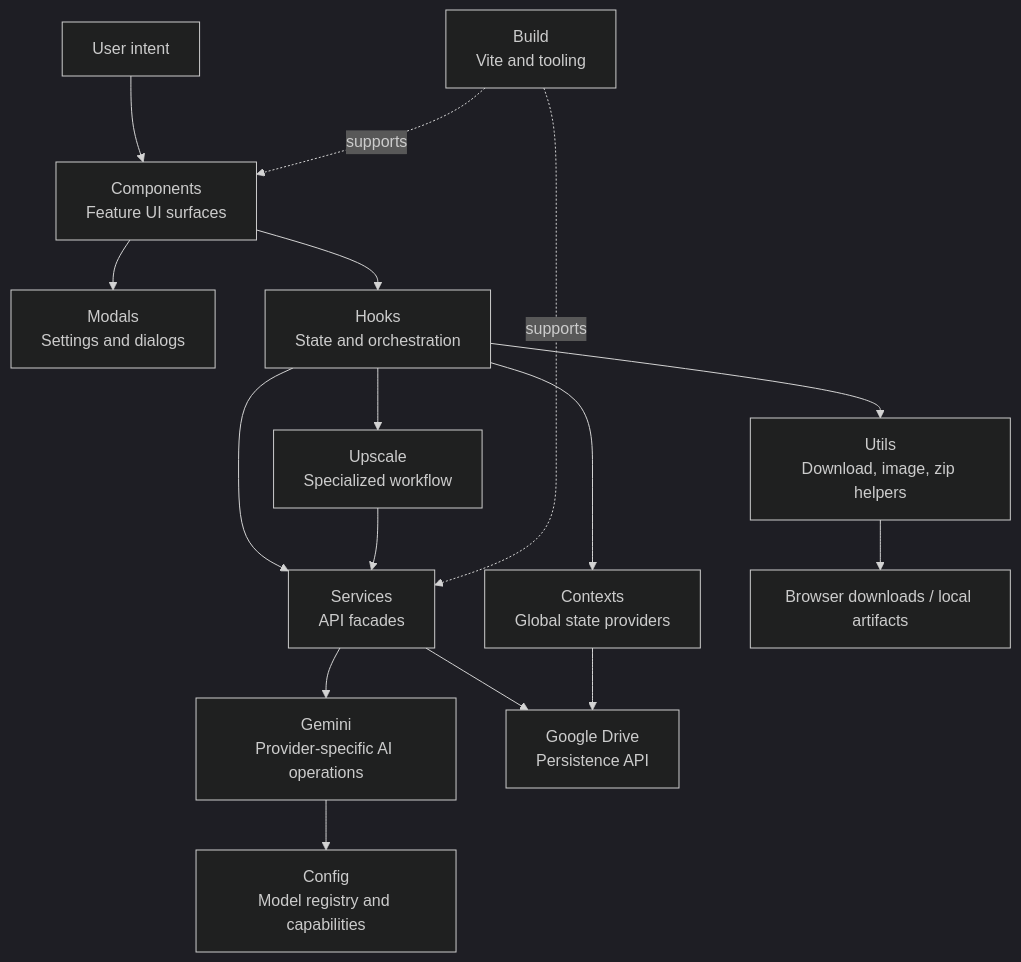
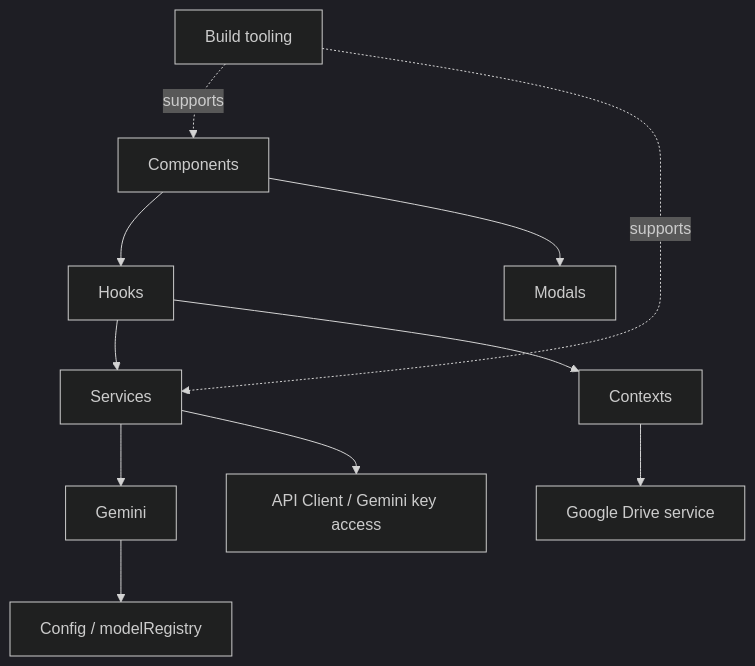
One commit to monet88/chang-store changed the diagram in docs/ARCHITECTURE.md. Above: the diagram before and after it, drawn with Mermaid (dark theme). The commit also changed other lines of this file and 80 other files, not shown here.

First line of the commit message:
v1.0.4 refactor: remove retired image feature surfaces (#27)

````diff
--- a/docs/ARCHITECTURE.md
+++ b/docs/ARCHITECTURE.md
@@ -35,31 +117,24 @@
 ```mermaid
 flowchart TD
-    User[User intent]
-    Components[Components\nFeature UI surfaces]
-    Modals[Modals\nSettings and dialogs]
-    Hooks[Hooks\nState and orchestration]
-    Contexts[Contexts\nGlobal state providers]
-    Services[Services\nAPI facades]
-    Gemini[Gemini\nProvider-specific AI operations]
-    Config[Config\nModel registry and capabilities]
-    Utils[Utils\nDownload, image, zip helpers]
-    Drive[Google Drive\nPersistence API]
-    Upscale[Upscale\nSpecialized workflow]
-    Build[Build\nVite and tooling]
+    UI[Components]
+    MODALS[Modals]
+    HOOKS[Hooks]
+    SERVICES[Services]
+    GEMINI[Gemini]
+    CONFIG[Config / modelRegistry]
+    CONTEXTS[Contexts]
+    BUILD[Build tooling]
+    DRIVE[Google Drive service]
+    API[API Client / Gemini key access]
 
-    User --> Components
-    Components --> Hooks
-    Components --> Modals
-    Hooks --> Services
-    Hooks --> Contexts
-    Hooks --> Utils
-    Hooks --> Upscale
-    Services --> Gemini
-    Services --> Drive
-    Gemini --> Config
-    Upscale --> Services
-    Contexts --> Drive
-    Utils --> Downloads[Browser downloads / local artifacts]
-    Build -. supports .-> Components
-    Build -. supports .-> Services
+    UI --> HOOKS
+    UI --> MODALS
+    HOOKS --> SERVICES
+    HOOKS --> CONTEXTS
+    SERVICES --> GEMINI
+    SERVICES --> API
+    GEMINI --> CONFIG
+    CONTEXTS --> DRIVE
+    BUILD -. supports .-> UI
+    BUILD -. supports .-> SERVICES
 ```
````
